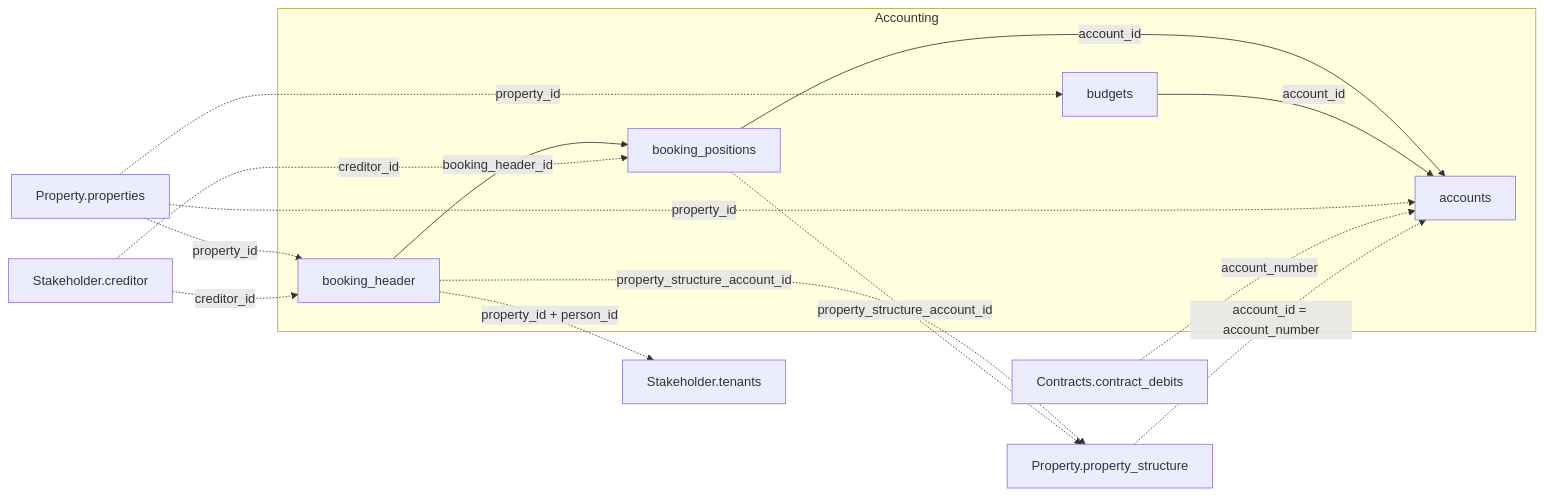
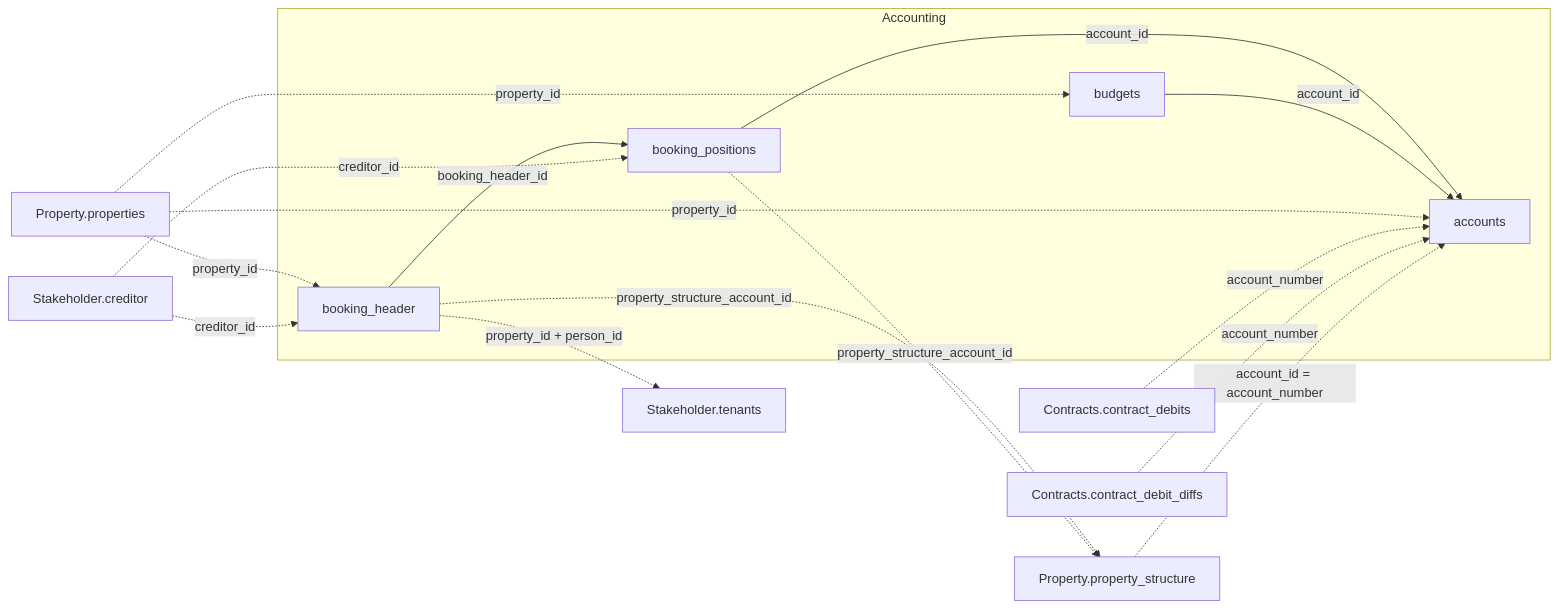
Before and after one commit to Trassets-ai/api-docs: the diagram in de/v1/data-model/accounting.mdx, drawn with Mermaid. The commit also changed other lines of this file and 13 other files, not shown here.

First line of the commit message:
fix: v1 data-model Seiten-Review — Sachkonto/Personenkonto-Verwechslungen, Live-Schema-Abweichungen, Formulierung (EN+DE) (#75)

````diff
--- a/de/v1/data-model/accounting.mdx
+++ b/de/v1/data-model/accounting.mdx
@@ -11,30 +11,32 @@
 ```mermaid
 graph LR
   subgraph Accounting
     booking_header["booking_header"]
     booking_positions["booking_positions"]
     accounts["accounts"]
     budgets["budgets"]
   end
 
   properties["Property.properties"]
   property_structure["Property.property_structure"]
   contract_debits["Contracts.contract_debits"]
+  contract_debit_diffs["Contracts.contract_debit_diffs"]
   tenants["Stakeholder.tenants"]
   creditor["Stakeholder.creditor"]
 
   booking_header -->|booking_header_id| booking_positions
   booking_positions -->|account_id| accounts
   budgets -->|account_id| accounts
 
   properties -.->|property_id| booking_header
   properties -.->|property_id| budgets
   properties -.->|property_id| accounts
   contract_debits -.->|account_number| accounts
+  contract_debit_diffs -.->|account_number| accounts
   property_structure -.->|account_id = account_number| accounts
   booking_header -.->|property_id + person_id| tenants
   booking_header -.->|property_structure_account_id| property_structure
   booking_positions -.->|property_structure_account_id| property_structure
   creditor -.->|creditor_id| booking_header
   creditor -.->|creditor_id| booking_positions
 ```
````
